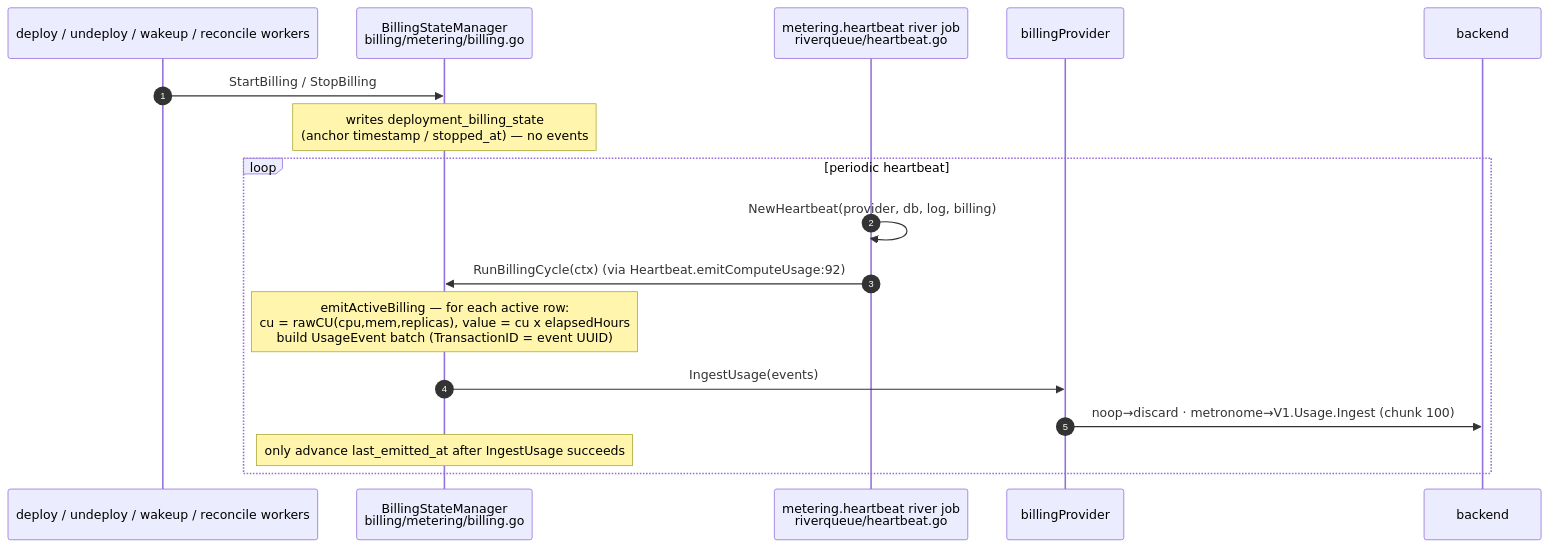
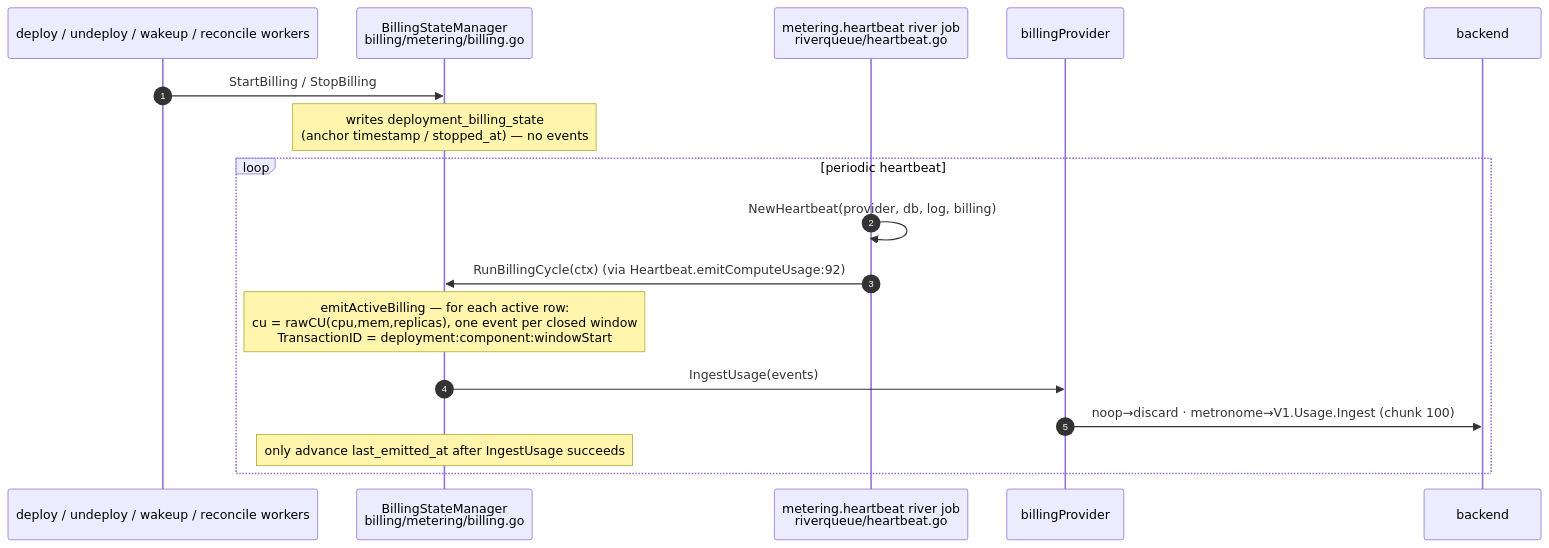
The fourth of 9 diagrams in docs/03-architecture/billing-data-flow.md (astropods/astro-cli), drawn with Mermaid before and after one commit. The commit also changed other lines of this file and 10 other files, not shown here.

First line of the commit message:
fix(billing): bill each stretch of compute exactly once (#2049)

````diff
--- a/docs/03-architecture/billing-data-flow.md
+++ b/docs/03-architecture/billing-data-flow.md
@@ -107,21 +107,21 @@
 ```mermaid
 sequenceDiagram
     autonumber
     participant D as deploy / undeploy / wakeup / reconcile workers
     participant BSM as BillingStateManager<br/>billing/metering/billing.go
     participant HB as metering.heartbeat river job<br/>riverqueue/heartbeat.go
     participant P as billingProvider
     participant BE as backend
 
     D->>BSM: StartBilling / StopBilling
     Note over BSM: writes deployment_billing_state<br/>(anchor timestamp / stopped_at) — no events
 
     loop periodic heartbeat
         HB->>HB: NewHeartbeat(provider, db, log, billing)
         HB->>BSM: RunBillingCycle(ctx) (via Heartbeat.emitComputeUsage:92)
-        Note over BSM: emitActiveBilling — for each active row:<br/>cu = rawCU(cpu,mem,replicas), value = cu x elapsedHours<br/>build UsageEvent batch (TransactionID = event UUID)
+        Note over BSM: emitActiveBilling — for each active row:<br/>cu = rawCU(cpu,mem,replicas), one event per closed window<br/>TransactionID = deployment:component:windowStart
         BSM->>P: IngestUsage(events)
         P->>BE: noop→discard · metronome→V1.Usage.Ingest (chunk 100)
         Note over BSM: only advance last_emitted_at after IngestUsage succeeds
     end
 ```
````
